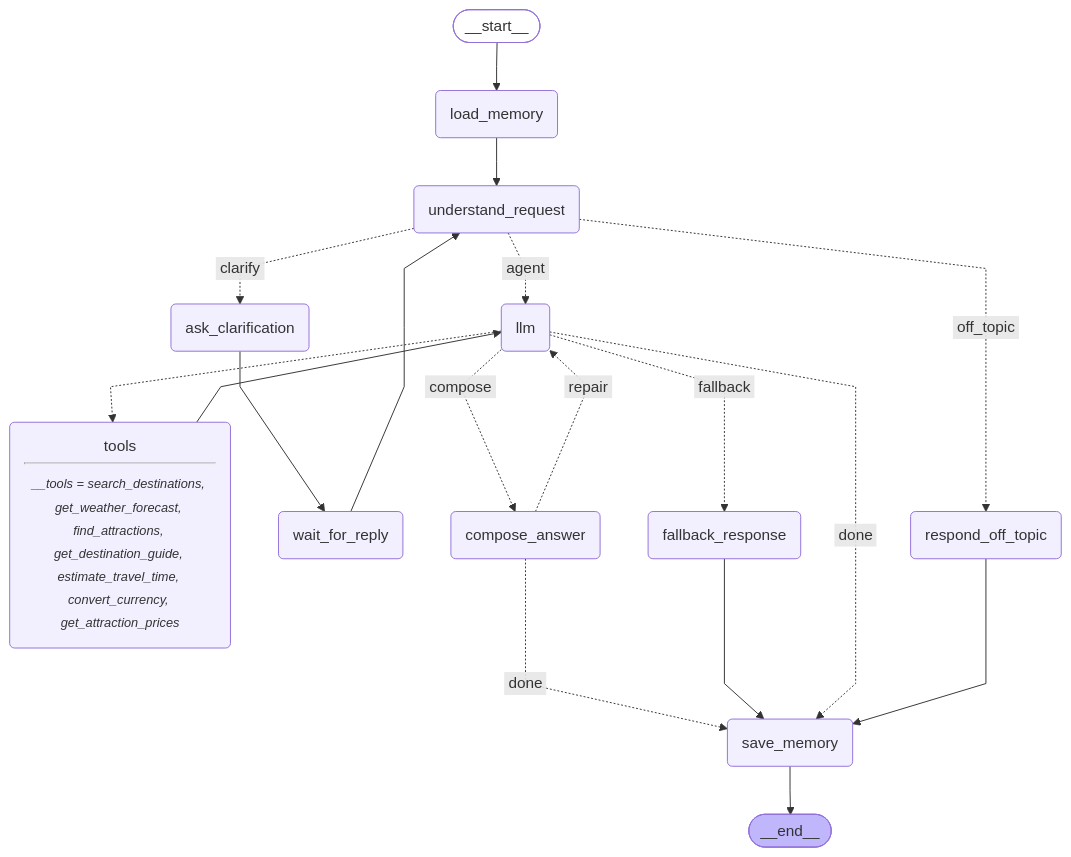
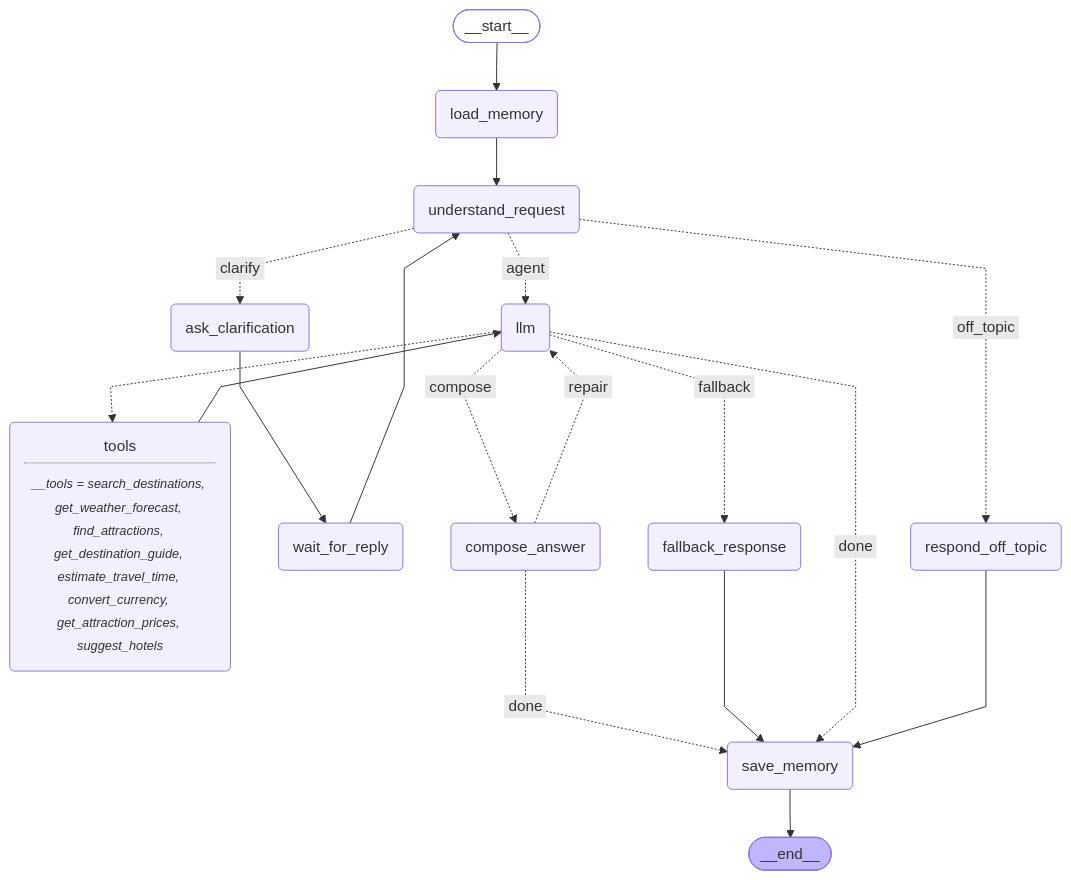
One commit to TharakaNisansala/AI-Travel-Assistant-Agent changed the diagram in README.md. Above: the diagram before and after it, drawn with Mermaid. The commit also changed 21 other files, not shown here.

First line of the commit message:
feat: ask about hotels and suggest places to stay for the budget

````diff
--- a/README.md
+++ b/README.md
@@ -33,40 +33,40 @@
 ```mermaid
 ---
 config:
   flowchart:
     curve: linear
 ---
 graph TD;
 	__start__([<p>__start__</p>]):::first
 	llm(llm)
-	tools(tools<hr/><small><em>__tools = search_destinations, get_weather_forecast, find_attractions, get_destination_guide, estimate_travel_time, convert_currency, get_attraction_prices</em></small>)
+	tools(tools<hr/><small><em>__tools = search_destinations, get_weather_forecast, find_attractions, get_destination_guide, estimate_travel_time, convert_currency, get_attraction_prices, suggest_hotels</em></small>)
 	save_memory(save_memory)
 	understand_request(understand_request)
 	ask_clarification(ask_clarification)
 	wait_for_reply(wait_for_reply)
 	respond_off_topic(respond_off_topic)
 	load_memory(load_memory)
 	fallback_response(fallback_response)
 	compose_answer(compose_answer)
 	__end__([<p>__end__</p>]):::last
 	__start__ --> load_memory;
 	ask_clarification --> wait_for_reply;
 	compose_answer -. &nbsp;repair&nbsp; .-> llm;
 	compose_answer -. &nbsp;done&nbsp; .-> save_memory;
 	fallback_response --> save_memory;
 	llm -. &nbsp;compose&nbsp; .-> compose_answer;
 	llm -. &nbsp;fallback&nbsp; .-> fallback_response;
 	llm -. &nbsp;done&nbsp; .-> save_memory;
 	llm -.-> tools;
 	load_memory --> understand_request;
 	respond_off_topic --> save_memory;
 	tools --> llm;
 	understand_request -. &nbsp;clarify&nbsp; .-> ask_clarification;
 	understand_request -. &nbsp;agent&nbsp; .-> llm;
 	understand_request -. &nbsp;off_topic&nbsp; .-> respond_off_topic;
 	wait_for_reply --> understand_request;
 	save_memory --> __end__;
 	classDef default fill:#f2f0ff,line-height:1.2
 	classDef first fill-opacity:0
 	classDef last fill:#bfb6fc
 ```
````
